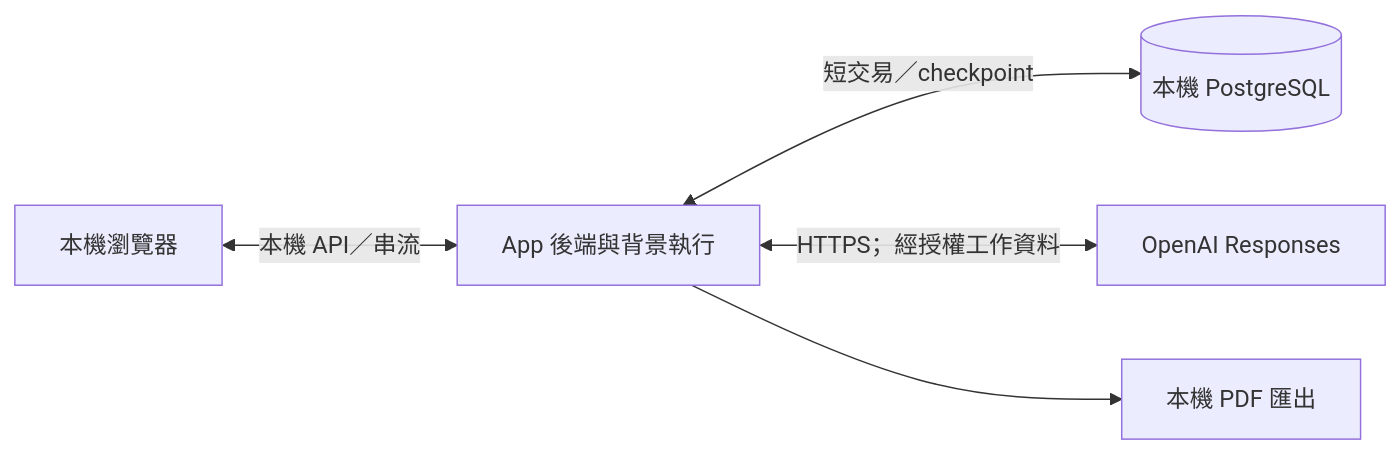
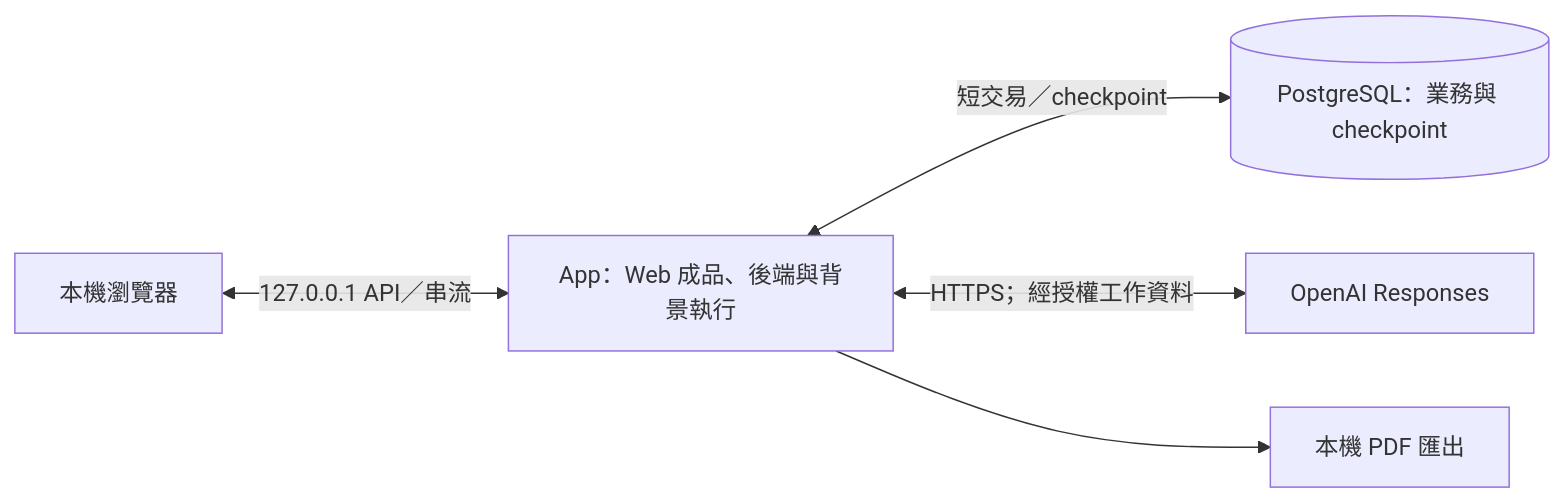
One commit to JD-Consultant/Caliburn changed the diagram in docs/architecture/delivery-and-operations.md. Above: the diagram before and after it, drawn with Mermaid. The commit also changed other lines of this file and 25 other files, not shown here.

Commit message:
docs: clarify product architecture and submission report

````diff
--- a/docs/architecture/delivery-and-operations.md
+++ b/docs/architecture/delivery-and-operations.md
@@ -48,7 +50,7 @@
 ```mermaid
 flowchart LR
-  browser[本機瀏覽器] <-->|本機 API／串流| app[App 後端與背景執行]
-  app <-->|短交易／checkpoint| db[(本機 PostgreSQL)]
+  browser[本機瀏覽器] <-->|127.0.0.1 API／串流| app[App：Web 成品、後端與背景執行]
+  app <-->|短交易／checkpoint| db[(PostgreSQL：業務與 checkpoint)]
   app <-->|HTTPS；經授權工作資料| openai[OpenAI Responses]
   app --> file[本機 PDF 匯出]
 ```
````
